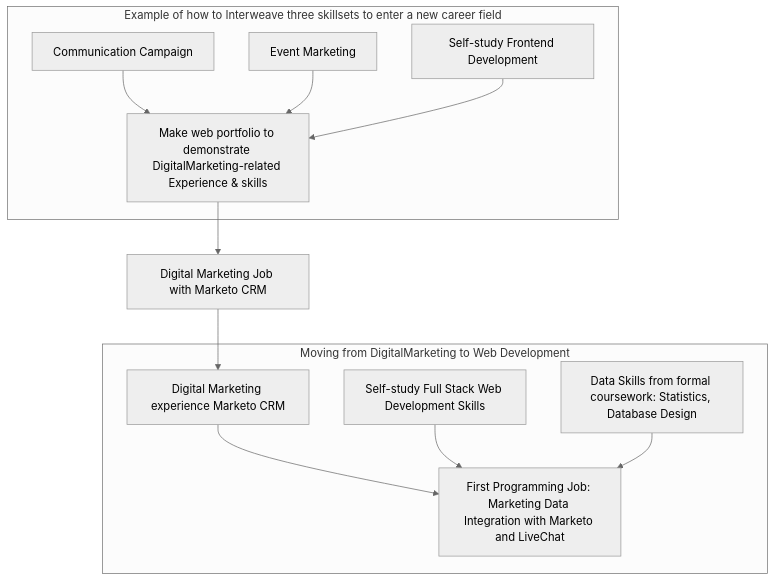
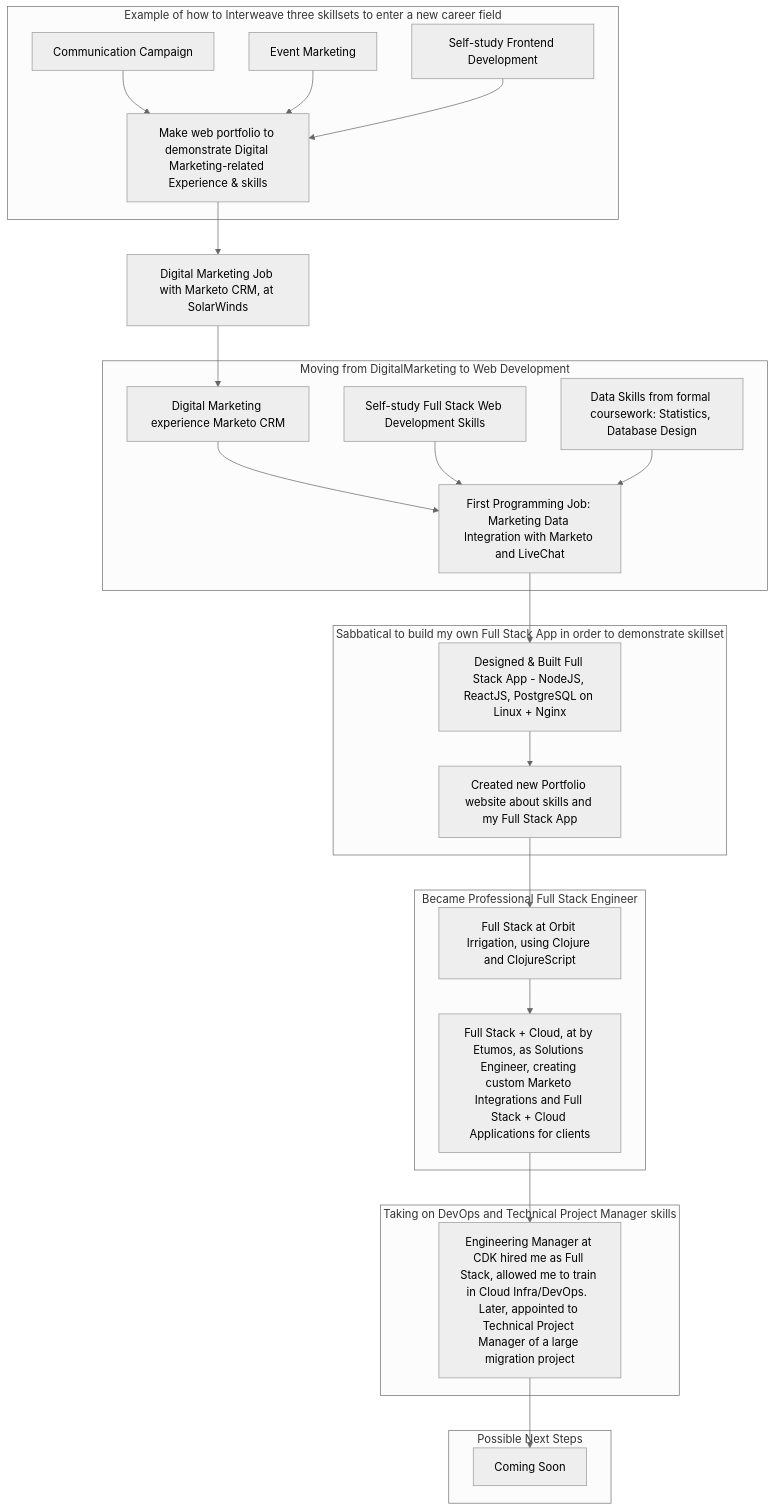
The diagram in README.md (pmeaney/pmeaney), drawn with Mermaid (neutral theme) before and after one commit.

````diff
--- a/README.md
+++ b/README.md
@@ -64,18 +64,39 @@
 ```mermaid
   graph TD;
       subgraph one[Example of how to Interweave three skillsets to enter a new career field]
-        A[Communication Campaign]-->D;
-        B[Event Marketing]-->D;
-        C[Self-study Frontend Development]-->D;
+        A["`Communication Campaign`"]-->D;
+        B["`Event Marketing`"]-->D;
+        C["`Self-study Frontend Development`"]-->D;
       end
-      D[Make web portfolio to demonstrate DigitalMarketing-related Experience & skills]-->E[Digital Marketing Job with Marketo CRM]
+      D["`Make web portfolio to demonstrate Digital Marketing-related Experience & skills`"]-->E["`Digital Marketing Job with Marketo CRM, at SolarWinds`"]
 
       subgraph two[Moving from DigitalMarketing to Web Development]
-        F[Digital Marketing experience Marketo CRM]-->I
-        G[Self-study Full Stack Web Development Skills]-->I
-        H[Data Skills from formal coursework: Statistics, Database Design]-->I
-        I[First Programming Job: Marketing Data Integration with Marketo and LiveChat]
+        F["`Digital Marketing experience Marketo CRM`"]-->I
+        G["`Self-study Full Stack Web Development Skills`"]-->I
+        H["`Data Skills from formal coursework: Statistics, Database Design`"]-->I
+        I["`First Programming Job: Marketing Data Integration with Marketo and LiveChat`"]
+      end
+
+    subgraph three[Sabbatical to build my own Full Stack App in order to demonstrate skillset]
+      I-->J["`Designed & Built Full Stack App - NodeJS, ReactJS, PostgreSQL on Linux + Nginx`"]
+      J-->K["`Created new Portfolio website about skills and my Full Stack App`"]
+      end
+
+      subgraph four[Became Professional Full Stack Engineer]
+        L["`Full Stack at Orbit Irrigation, using Clojure and ClojureScript`"]-->M["`Full Stack + Cloud, at by Etumos, as Solutions Engineer, creating custom Marketo Integrations and Full Stack + Cloud Applications for clients`"]
+      end
+
+      subgraph five[Taking on DevOps and Technical Project Manager skills]
+        N["`Engineering Manager at CDK hired me as Full Stack, allowed me to train in Cloud Infra/DevOps.  Later, appointed to Technical Project Manager of a large migration project`"]
+      end
+
+
+      subgraph six[Possible Next Steps]
+        O["`Coming Soon`"]
       end
 
       E-->F
+      K-->L
+      M-->N
+      N-->O
 ```
````
